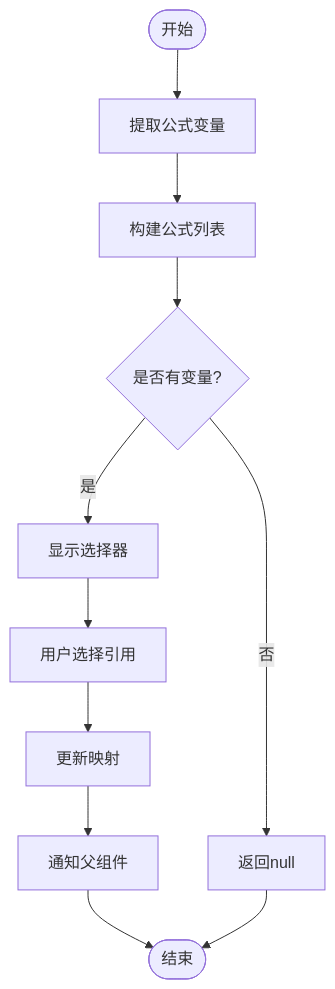
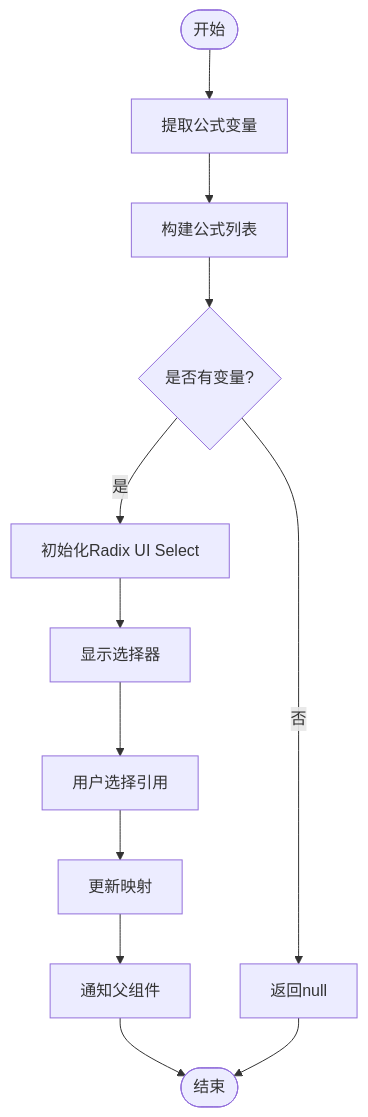
Before and after one commit to steveyu2/formula-mapper: the third of 8 diagrams in .qoder/repowiki/zh/content/用户指南/高级功能/公式引用选择器.md, drawn with Mermaid. The commit also changed other lines of this file and 14 other files, not shown here.

````diff
--- a/.qoder/repowiki/zh/content/用户指南/高级功能/公式引用选择器.md
+++ b/.qoder/repowiki/zh/content/用户指南/高级功能/公式引用选择器.md
@@ -167,13 +187,14 @@
 ```mermaid
 flowchart TD
 Start([开始]) --> ExtractVars[提取公式变量]
 ExtractVars --> BuildList[构建公式列表]
 BuildList --> CheckVars{是否有变量?}
 CheckVars --> |否| NullReturn[返回null]
-CheckVars --> |是| ShowSelector[显示选择器]
+CheckVars --> |是| InitRadixSelect[初始化Radix UI Select]
+InitRadixSelect --> ShowSelector[显示选择器]
 ShowSelector --> UserSelect[用户选择引用]
 UserSelect --> UpdateMapping[更新映射]
 UpdateMapping --> NotifyParent[通知父组件]
 NotifyParent --> End([结束])
 NullReturn --> End
 ```
````
